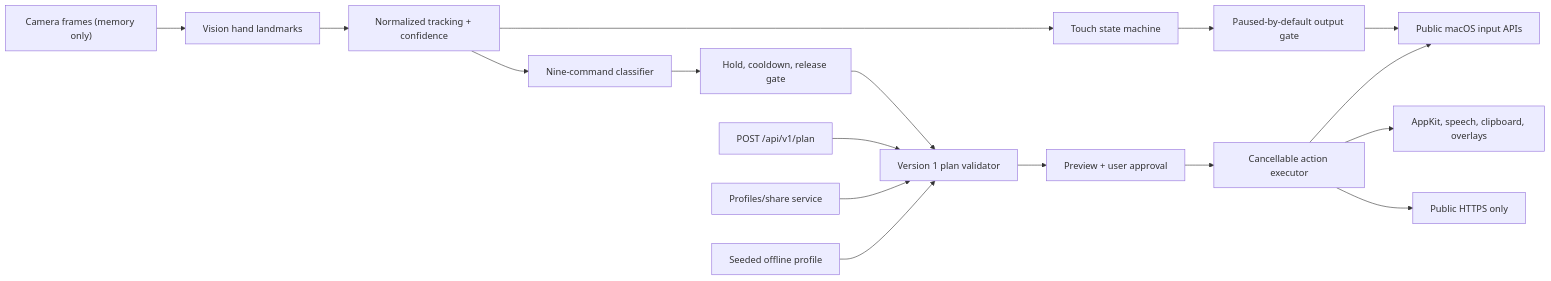
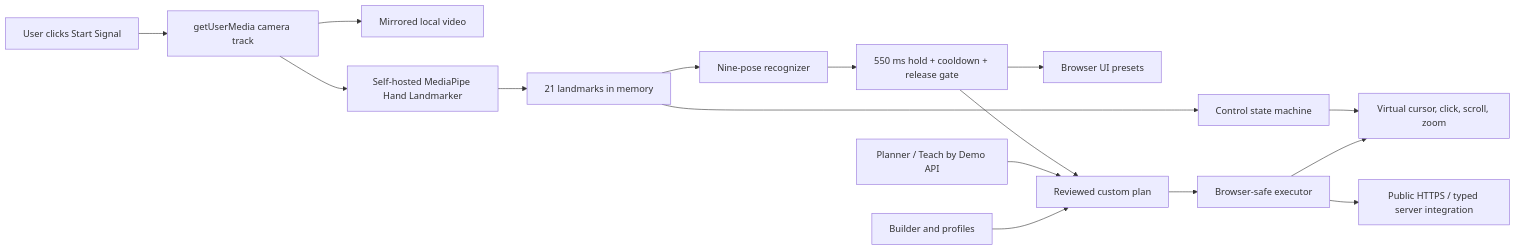
Before and after one commit to allenbuild/signal: the diagram in ARCHITECTURE.md, drawn with Mermaid. The commit also changed other lines of this file and 78 other files, not shown here.

Commit message:
feat(web): ship browser-only Signal hand control

````diff
--- a/ARCHITECTURE.md
+++ b/ARCHITECTURE.md
@@ -22,19 +5,18 @@
 ```mermaid
 flowchart LR
-  camera["Camera frames (memory only)"] --> vision["Vision hand landmarks"]
-  vision --> tracking["Normalized tracking + confidence"]
-  tracking --> touch["Touch state machine"]
-  tracking --> classifier["Nine-command classifier"]
-  touch --> gate["Paused-by-default output gate"]
-  classifier --> activation["Hold, cooldown, release gate"]
-  activation --> validator["Version 1 plan validator"]
-  validator --> preview["Preview + user approval"]
-  preview --> executor["Cancellable action executor"]
-  gate --> quartz["Public macOS input APIs"]
-  executor --> quartz
-  executor --> local["AppKit, speech, clipboard, overlays"]
-  executor --> public["Public HTTPS only"]
-  planner["POST /api/v1/plan"] --> validator
-  profiles["Profiles/share service"] --> validator
-  seed["Seeded offline profile"] --> validator
+  click["User clicks Start Signal"] --> camera["getUserMedia camera track"]
+  camera --> video["Mirrored local video"]
+  camera --> landmarker["Self-hosted MediaPipe Hand Landmarker"]
+  landmarker --> landmarks["21 landmarks in memory"]
+  landmarks --> control["Control state machine"]
+  landmarks --> commands["Nine-pose recognizer"]
+  control --> page["Virtual cursor, click, scroll, zoom"]
+  commands --> hold["550 ms hold + cooldown + release gate"]
+  hold --> presets["Browser UI presets"]
+  hold --> validator["Reviewed custom plan"]
+  planner["Planner / Teach by Demo API"] --> validator
+  builder["Builder and profiles"] --> validator
+  validator --> executor["Browser-safe executor"]
+  executor --> page
+  executor --> public["Public HTTPS / typed server integration"]
 ```
````
